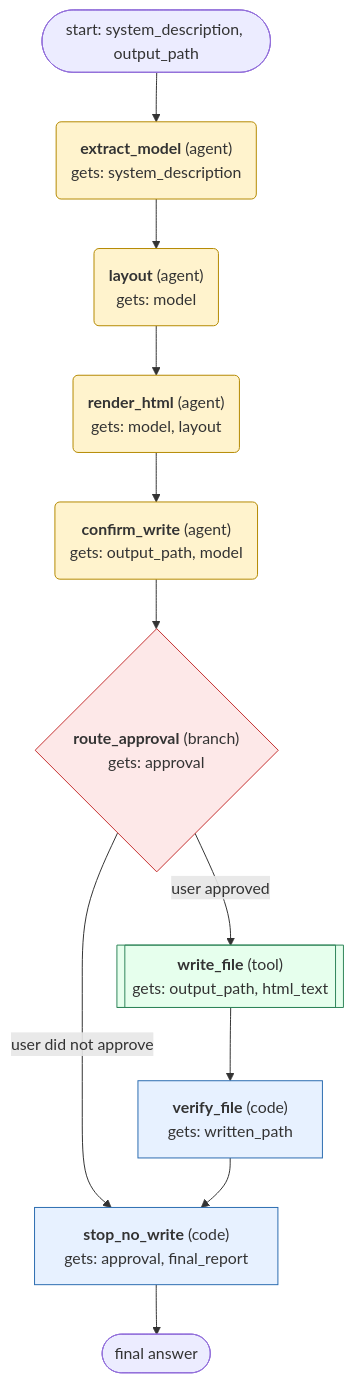
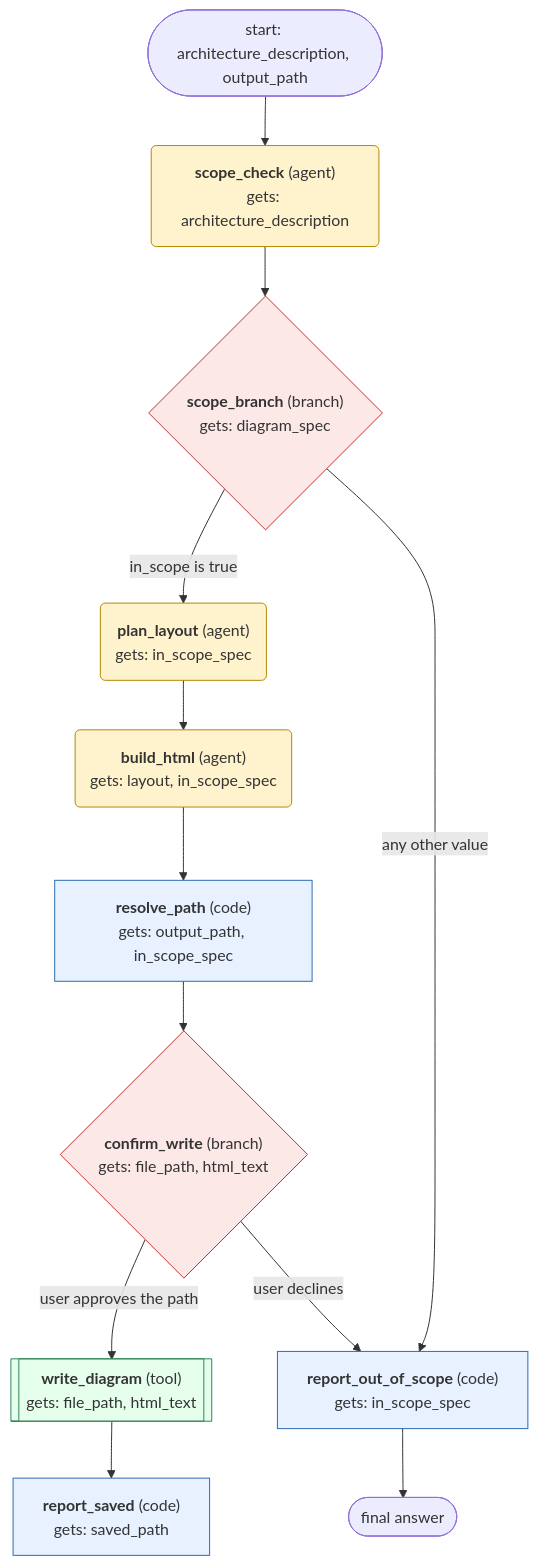
Before and after one commit to payalkanyan/hermes-pilot: the diagram in workflow/generated/architecture-diagram/FLOWCHART.md, drawn with Mermaid. The commit also changed other lines of this file and 39 other files, not shown here.

````diff
--- a/workflow/generated/architecture-diagram/FLOWCHART.md
+++ b/workflow/generated/architecture-diagram/FLOWCHART.md
@@ -5,30 +5,32 @@
 ```mermaid
 flowchart TD
-  start(["start: system_description, output_path"])
-  extract_model("<b>extract_model</b> (agent)<br/>gets: system_description")
-  layout("<b>layout</b> (agent)<br/>gets: model")
-  render_html("<b>render_html</b> (agent)<br/>gets: model, layout")
-  confirm_write("<b>confirm_write</b> (agent)<br/>gets: output_path, model")
-  route_approval{"<b>route_approval</b> (branch)<br/>gets: approval"}
-  write_file[["<b>write_file</b> (tool)<br/>gets: output_path, html_text"]]
-  verify_file["<b>verify_file</b> (code)<br/>gets: written_path"]
-  stop_no_write["<b>stop_no_write</b> (code)<br/>gets: approval, final_report"]
-  stop_no_write --> finish(["final answer"])
-  start --> extract_model
-  extract_model --> layout
-  layout --> render_html
-  render_html --> confirm_write
-  confirm_write --> route_approval
-  route_approval -->|user approved| write_file
-  route_approval -->|user did not approve| stop_no_write
-  write_file --> verify_file
-  verify_file --> stop_no_write
+  start(["start: architecture_description, output_path"])
+  scope_check("<b>scope_check</b> (agent)<br/>gets: architecture_description")
+  scope_branch{"<b>scope_branch</b> (branch)<br/>gets: diagram_spec"}
+  plan_layout("<b>plan_layout</b> (agent)<br/>gets: in_scope_spec")
+  build_html("<b>build_html</b> (agent)<br/>gets: layout, in_scope_spec")
+  resolve_path["<b>resolve_path</b> (code)<br/>gets: output_path, in_scope_spec"]
+  confirm_write{"<b>confirm_write</b> (branch)<br/>gets: file_path, html_text"}
+  write_diagram[["<b>write_diagram</b> (tool)<br/>gets: file_path, html_text"]]
+  report_saved["<b>report_saved</b> (code)<br/>gets: saved_path"]
+  report_out_of_scope["<b>report_out_of_scope</b> (code)<br/>gets: in_scope_spec"]
+  report_out_of_scope --> finish(["final answer"])
+  start --> scope_check
+  scope_check --> scope_branch
+  scope_branch -->|in_scope is true| plan_layout
+  scope_branch -->|any other value| report_out_of_scope
+  plan_layout --> build_html
+  build_html --> resolve_path
+  resolve_path --> confirm_write
+  confirm_write -->|user approves the path| write_diagram
+  confirm_write -->|user declines| report_out_of_scope
+  write_diagram --> report_saved
   classDef agent fill:#fff3cd,stroke:#b58900;
   classDef code fill:#e7f1ff,stroke:#2b6cb0;
   classDef tool fill:#e6ffed,stroke:#2f855a;
   classDef branch fill:#fde8e8,stroke:#c53030;
-  class extract_model,layout,render_html,confirm_write agent;
-  class route_approval branch;
-  class verify_file,stop_no_write code;
-  class write_file tool;
+  class write_diagram tool;
+  class scope_check,plan_layout,build_html agent;
+  class resolve_path,report_saved,report_out_of_scope code;
+  class scope_branch,confirm_write branch;
 ```
````
